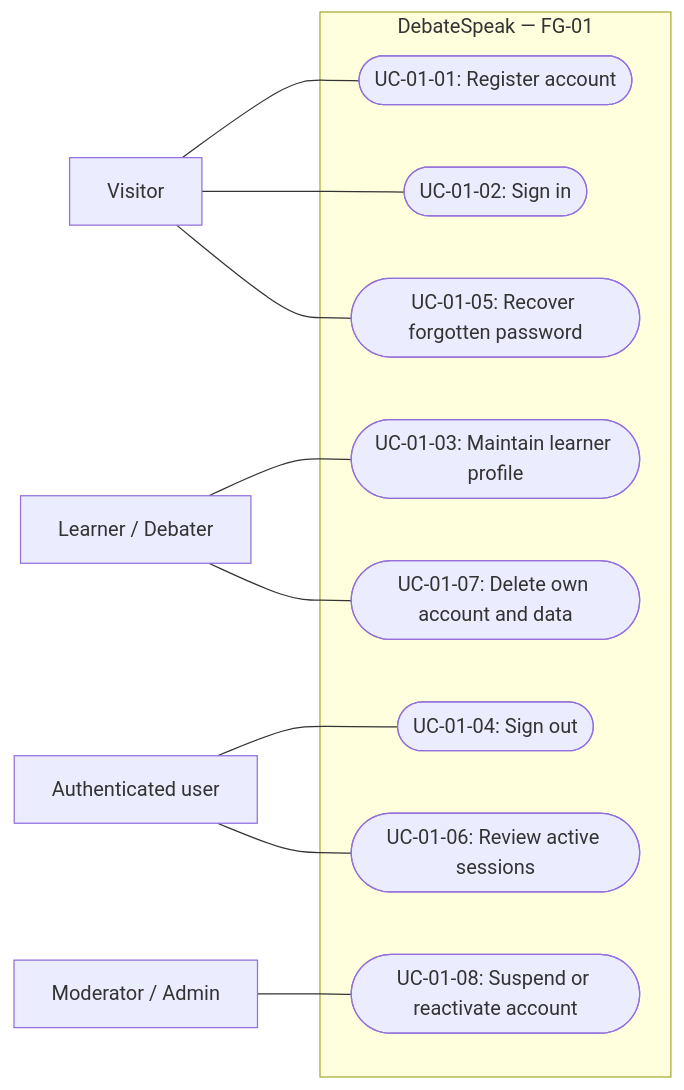
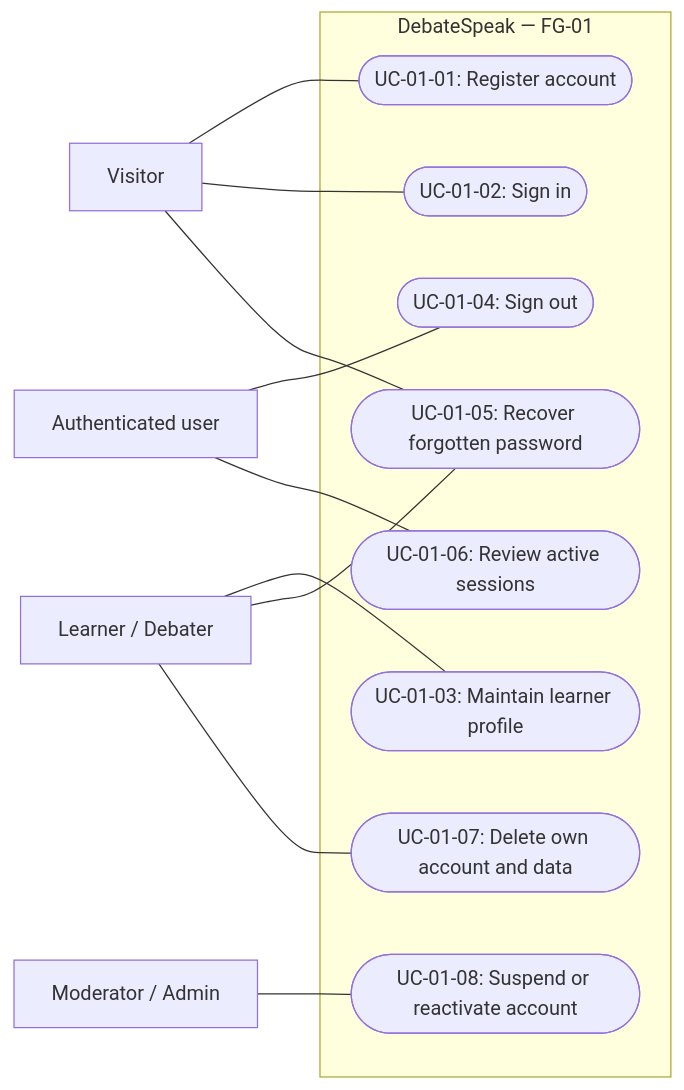
The second of 11 diagrams in docs/pa3/USE_CASE_MODEL.md (nguyendinhthienloc/DebateSpeak), drawn with Mermaid before and after one commit. The commit also changed other lines of this file and 139 other files, not shown here.

````diff
--- a/docs/pa3/USE_CASE_MODEL.md
+++ b/docs/pa3/USE_CASE_MODEL.md
@@ -141,25 +141,26 @@
 ```mermaid
 flowchart LR
     VISITOR["Visitor"]
     LEARNER["Learner / Debater"]
     USER["Authenticated user"]
     ADMIN["Moderator / Admin"]
     subgraph APP["DebateSpeak — FG-01"]
         UC_01_01(["UC-01-01: Register account"])
         UC_01_02(["UC-01-02: Sign in"])
         UC_01_03(["UC-01-03: Maintain learner profile"])
         UC_01_04(["UC-01-04: Sign out"])
         UC_01_05(["UC-01-05: Recover forgotten password"])
         UC_01_06(["UC-01-06: Review active sessions"])
         UC_01_07(["UC-01-07: Delete own account and data"])
         UC_01_08(["UC-01-08: Suspend or reactivate account"])
     end
     VISITOR --- UC_01_01
     VISITOR --- UC_01_02
     LEARNER --- UC_01_03
     USER --- UC_01_04
     VISITOR --- UC_01_05
+    LEARNER --- UC_01_05
     USER --- UC_01_06
     LEARNER --- UC_01_07
     ADMIN --- UC_01_08
 ```
````
